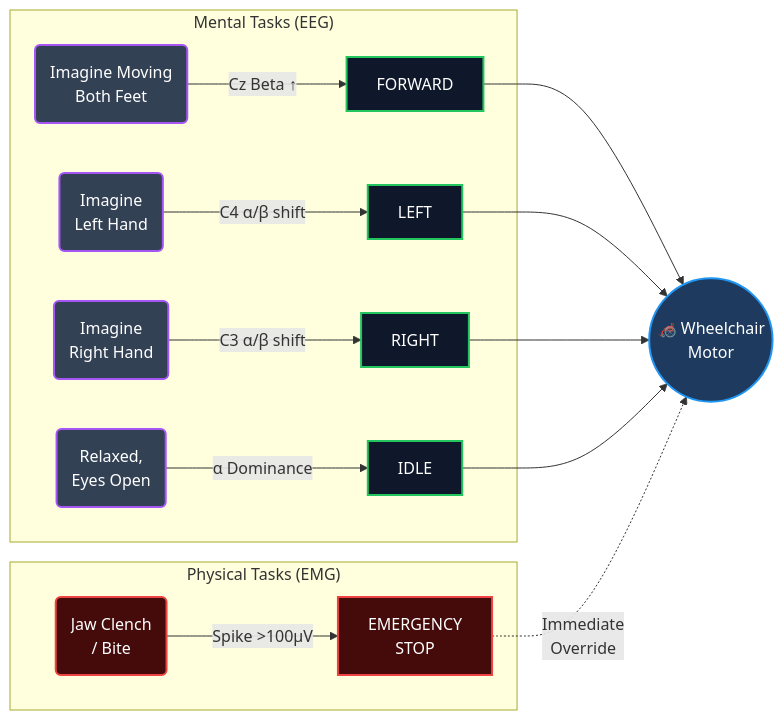
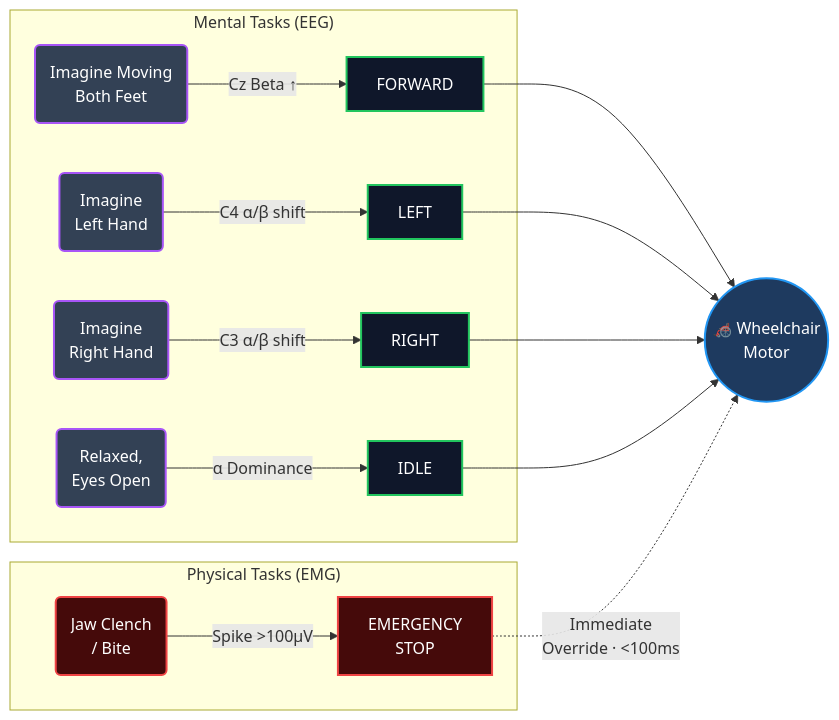
Before and after one commit to NAVEENKCG/Mind_Wave_AImodel: the second of 7 diagrams in visual_workflow.md, drawn with Mermaid. The commit also changed other lines of this file and 2 other files, not shown here.

Commit message:
docs: comprehensive update to README.md and visual_workflow.md — add architecture diagrams, file map, results, datasets, project structure, and full pipeline flowcharts

````diff
--- a/visual_workflow.md
+++ b/visual_workflow.md
@@ -58,26 +60,26 @@
 ```mermaid
 flowchart LR
     classDef eeg fill:#334155,stroke:#a855f7,stroke-width:2px,color:#fff
     classDef emg fill:#450a0a,stroke:#ef4444,stroke-width:2px,color:#fff
     classDef cmd fill:#0f172a,stroke:#22c55e,stroke-width:2px,color:#fff
     classDef wheel fill:#1e3a5f,stroke:#2196f3,stroke-width:2px,color:#fff
 
     subgraph EEG_TASKS["Mental Tasks (EEG)"]
         M1("Imagine Moving<br/>Both Feet"):::eeg -->|"Cz Beta ↑"| C1["FORWARD"]:::cmd
         M2("Imagine<br/>Left Hand"):::eeg -->|"C4 α/β shift"| C2["LEFT"]:::cmd
         M3("Imagine<br/>Right Hand"):::eeg -->|"C3 α/β shift"| C3["RIGHT"]:::cmd
         M4("Relaxed,<br/>Eyes Open"):::eeg -->|"α Dominance"| C4["IDLE"]:::cmd
     end
 
     subgraph EMG_TASKS["Physical Tasks (EMG)"]
         P1("Jaw Clench<br/>/ Bite"):::emg -->|"Spike >100μV"| C5["EMERGENCY<br/>STOP"]:::emg
     end
 
     WC(("🦽 Wheelchair<br/>Motor")):::wheel
 
     C1 --> WC
     C2 --> WC
     C3 --> WC
     C4 --> WC
-    C5 -.->|"Immediate<br/>Override"| WC
+    C5 -.->|"Immediate<br/>Override · <100ms"| WC
 ```
````
